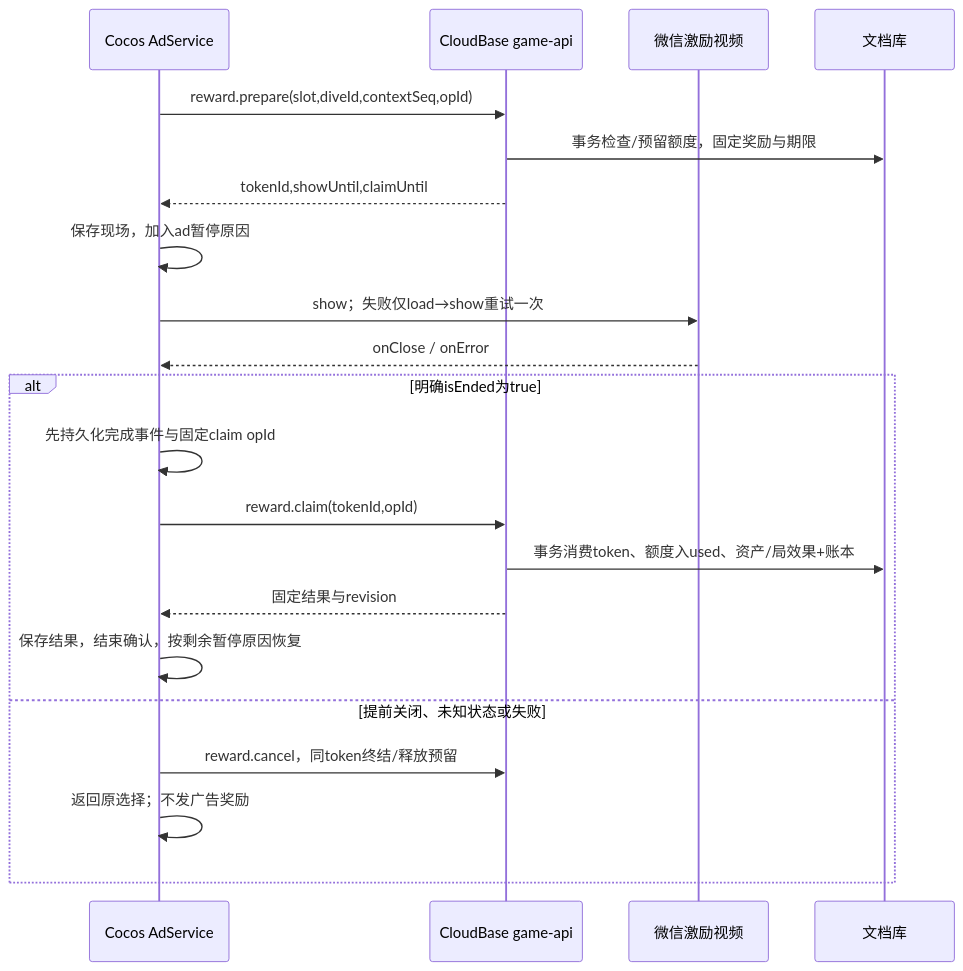
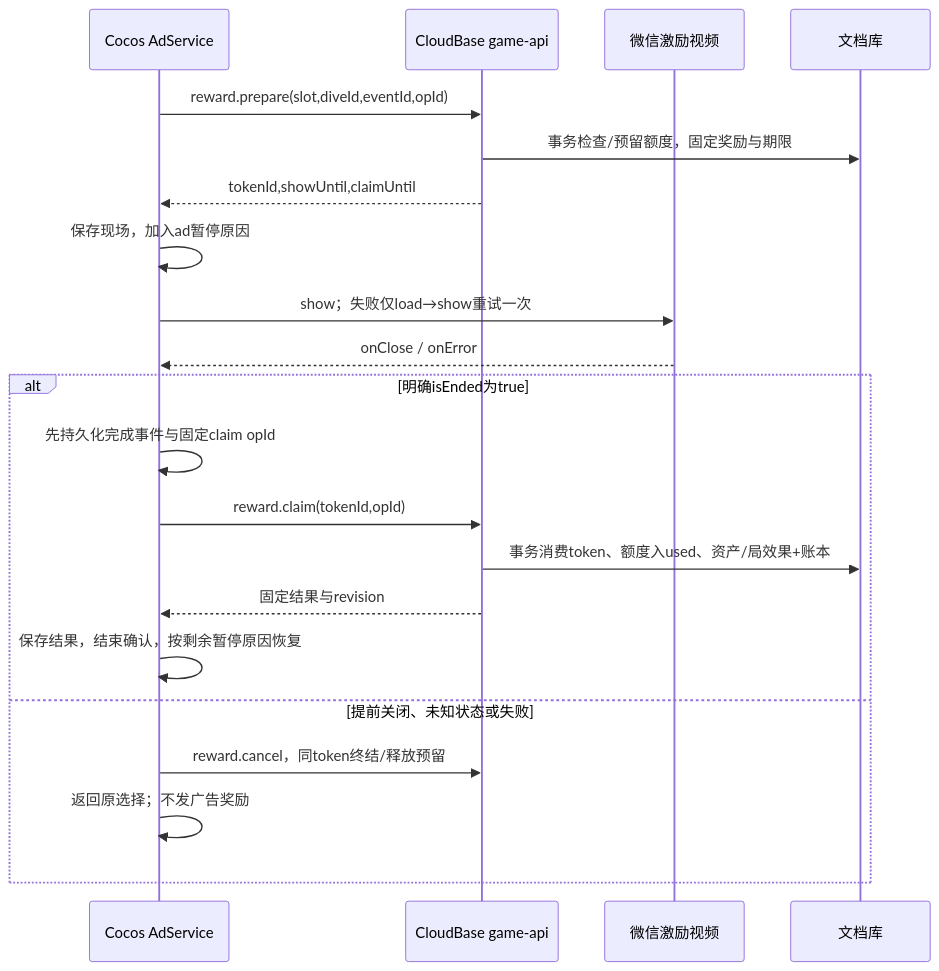
The second of 2 diagrams in docs/潜渊猎手-技术方案.md (loongwind/GameFirst), drawn with Mermaid before and after one commit. The commit also changed other lines of this file, not shown here.

````diff
--- a/docs/潜渊猎手-技术方案.md
+++ b/docs/潜渊猎手-技术方案.md
@@ -319,23 +381,23 @@
 ```mermaid
 sequenceDiagram
   participant C as Cocos AdService
   participant F as CloudBase game-api
   participant W as 微信激励视频
   participant D as 文档库
-  C->>F: reward.prepare(slot,diveId,contextSeq,opId)
+  C->>F: reward.prepare(slot,diveId,eventId,opId)
   F->>D: 事务检查/预留额度，固定奖励与期限
   F-->>C: tokenId,showUntil,claimUntil
   C->>C: 保存现场，加入ad暂停原因
   C->>W: show；失败仅load→show重试一次
   W-->>C: onClose / onError
   alt 明确isEnded为true
     C->>C: 先持久化完成事件与固定claim opId
     C->>F: reward.claim(tokenId,opId)
     F->>D: 事务消费token、额度入used、资产/局效果+账本
     F-->>C: 固定结果与revision
     C->>C: 保存结果，结束确认，按剩余暂停原因恢复
   else 提前关闭、未知状态或失败
     C->>F: reward.cancel，同token终结/释放预留
     C->>C: 返回原选择；不发广告奖励
   end
 ```
````
